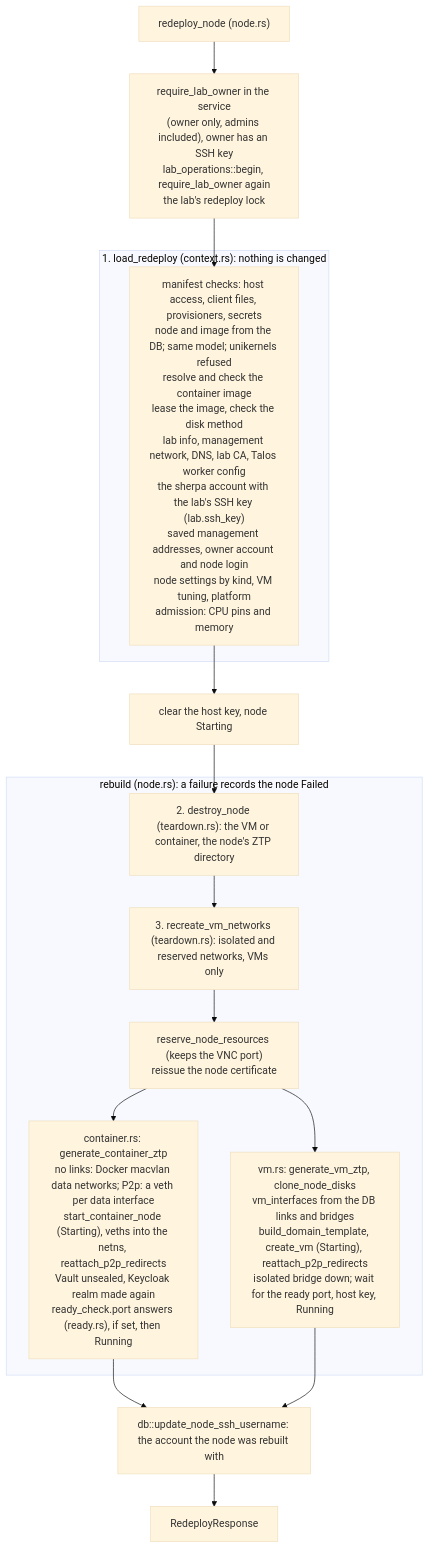
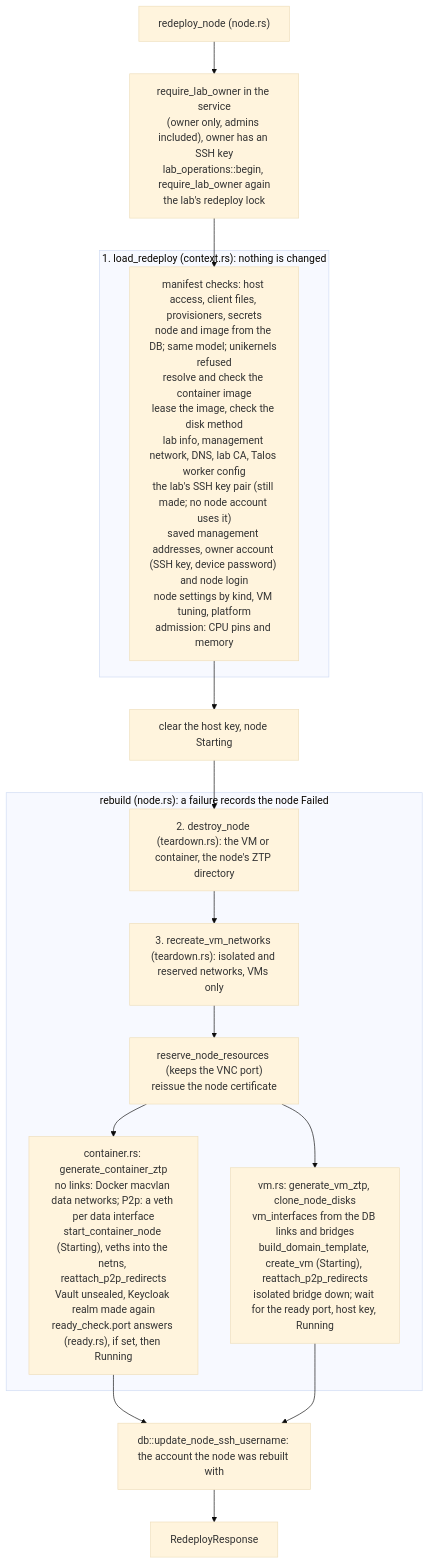
Before and after one commit to bwks/sherpa: diagram 16 of 26 in docs/architecture/SERVER.md, drawn with Mermaid (base theme). The commit also changed other lines of this file and 10 other files, not shown here.

First line of the commit message:
docs: nodes get the owner's login with their device password [skip ci]

````diff
--- a/docs/architecture/SERVER.md
+++ b/docs/architecture/SERVER.md
@@ -1009,19 +1012,19 @@
 ```mermaid
 flowchart TB
     request["redeploy_node (node.rs)"] --> owner["require_lab_owner in the service<br/>(owner only, admins included), owner has an SSH key<br/>lab_operations::begin, require_lab_owner again<br/>the lab's redeploy lock"]
     owner --> load
     subgraph stage1["1. load_redeploy (context.rs): nothing is changed"]
-        load["manifest checks: host access, client files, provisioners, secrets<br/>node and image from the DB; same model; unikernels refused<br/>resolve and check the container image<br/>lease the image, check the disk method<br/>lab info, management network, DNS, lab CA, Talos worker config<br/>the sherpa account with the lab's SSH key (lab.ssh_key)<br/>saved management addresses, owner account and node login<br/>node settings by kind, VM tuning, platform<br/>admission: CPU pins and memory"]
+        load["manifest checks: host access, client files, provisioners, secrets<br/>node and image from the DB; same model; unikernels refused<br/>resolve and check the container image<br/>lease the image, check the disk method<br/>lab info, management network, DNS, lab CA, Talos worker config<br/>the lab's SSH key pair (still made; no node account uses it)<br/>saved management addresses, owner account (SSH key, device password) and node login<br/>node settings by kind, VM tuning, platform<br/>admission: CPU pins and memory"]
     end
     load --> starting["clear the host key, node Starting"]
     starting --> destroy
     subgraph rebuild["rebuild (node.rs): a failure records the node Failed"]
         destroy["2. destroy_node (teardown.rs): the VM or container, the node's ZTP directory"] --> vmnets["3. recreate_vm_networks (teardown.rs): isolated and reserved networks, VMs only"]
         vmnets --> resources["reserve_node_resources (keeps the VNC port)<br/>reissue the node certificate"]
         resources --> ctr["container.rs: generate_container_ztp<br/>no links: Docker macvlan data networks; P2p: a veth per data interface<br/>start_container_node (Starting), veths into the netns, reattach_p2p_redirects<br/>Vault unsealed, Keycloak realm made again<br/>ready_check.port answers (ready.rs), if set, then Running"]
         resources --> vm["vm.rs: generate_vm_ztp, clone_node_disks<br/>vm_interfaces from the DB links and bridges<br/>build_domain_template, create_vm (Starting), reattach_p2p_redirects<br/>isolated bridge down; wait for the ready port, host key, Running"]
     end
     ctr --> ssh["db::update_node_ssh_username: the account the node was rebuilt with"]
     vm --> ssh
     ssh --> stream["RedeployResponse"]
 ```
````
